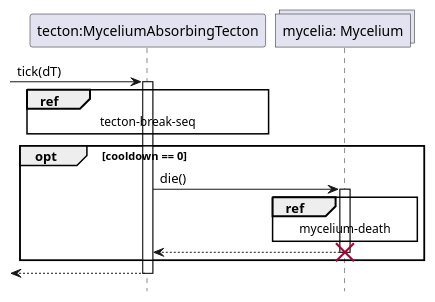
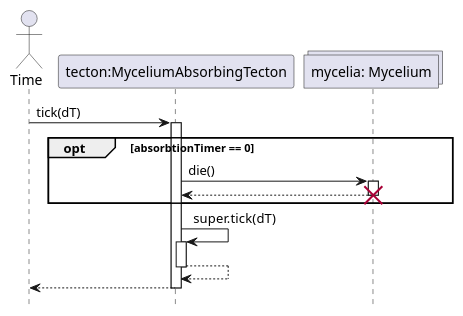
One commit to ZD4ve/projlab-error521 changed the diagram in Tecton/absorb-mycelium.pu. Above: the diagram before and after it, drawn with PlantUML. The commit also changed 12 other files, not shown here.

Commit message:
removed unnecessary refs, added actors to seq diagrams

```diff
--- a/Tecton/absorb-mycelium.pu
+++ b/Tecton/absorb-mycelium.pu
@@ -1,26 +1,26 @@
 @startuml Tecton/absorb-mycelium
 hide footbox
 
+actor Time
 participant "tecton:MyceliumAbsorbingTecton" as tecton
 collections "mycelia: Mycelium" as mycelia
 
 
--> tecton : tick(dT)
+Time -> tecton : tick(dT)
 activate tecton
-ref over tecton
-    tecton-break-seq
-end ref
-opt cooldown == 0
+
+opt absorbtionTimer == 0
     tecton -> mycelia : die()
     activate mycelia
-
-    ref over mycelia
-        mycelium-death
-    end ref
 
     return
     destroy mycelia
 end
+
+tecton -> tecton : super.tick(dT)
+activate tecton
+return
+
 return
 
 @enduml
```
